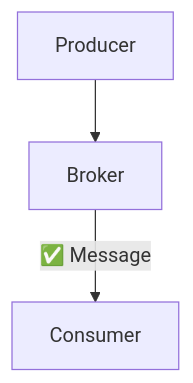
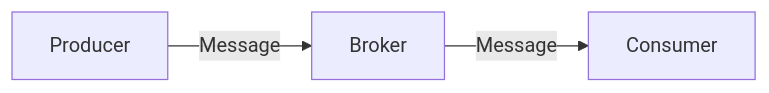
Before and after one commit to arlagonix/ba-sa-materials: the first of 3 diagrams in docs/courses/stepik-broker-basics/01-basics.mdx, drawn with Mermaid. The commit also changed other lines of this file and 19 other files, not shown here.

````diff
--- a/docs/courses/stepik-broker-basics/01-basics.mdx
+++ b/docs/courses/stepik-broker-basics/01-basics.mdx
@@ -31,6 +13,5 @@
-```mermaid
-graph TD;
-direction LR
-  Producer-->Broker;
-  Broker-->|✅ Message|Consumer;
+  ```mermaid
+graph LR;
+  Producer --> |Message| Broker;
+  Broker --> |Message| Consumer;
 ```
````
